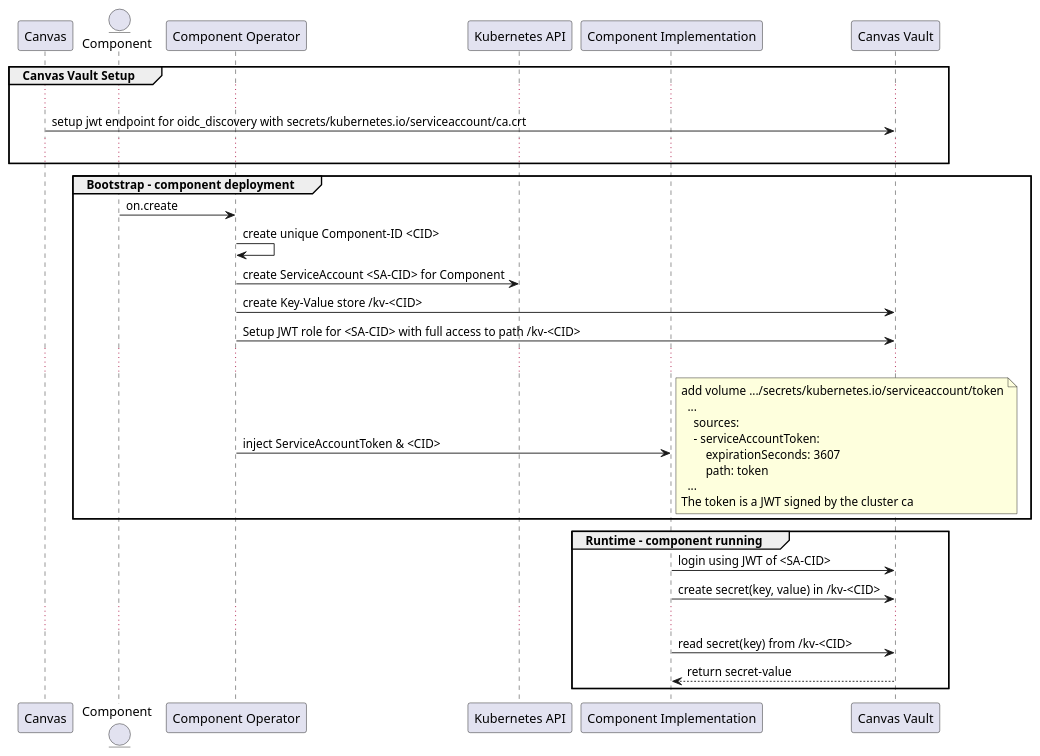
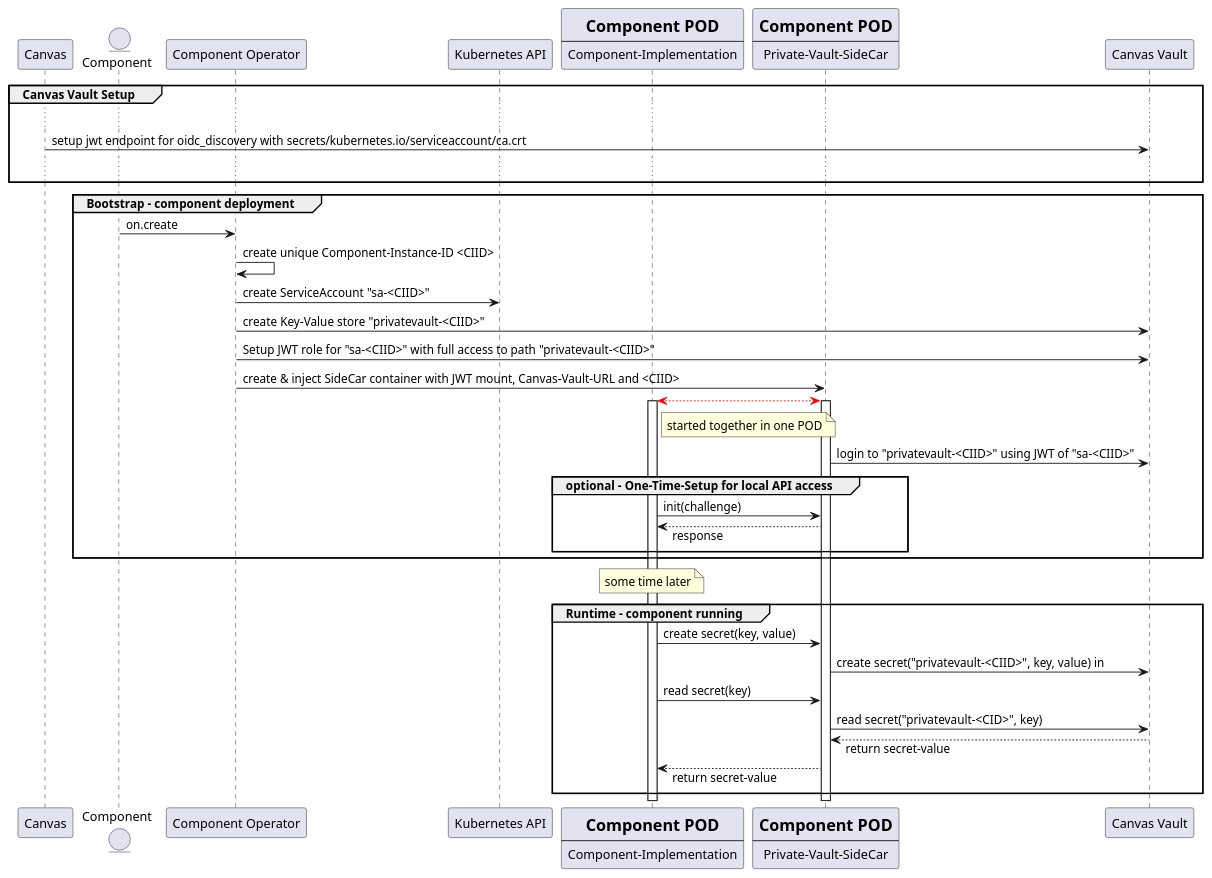
Before and after one commit to tmforum-oda/oda-canvas: the diagram in usecase-library/pumlFiles/componentVault-bootstrap-and-usage.puml, drawn with PlantUML. The commit also changed 2 other files, not shown here.

```diff
--- a/usecase-library/pumlFiles/componentVault-bootstrap-and-usage.puml
+++ b/usecase-library/pumlFiles/componentVault-bootstrap-and-usage.puml
@@ -1,45 +1,58 @@
 @startuml
 
 participant Canvas as "Canvas"
 entity Component
 participant "Component Operator" as ComponentOperator
 participant "Kubernetes API" as KubernetesAPI
-participant "Component Implementation" as ComponentImplementation
+participant ComponentImplementation [
+	=Component POD
+	----
+	Component-Implementation
+]
+participant PrivateVaultSideCar [
+	=Component POD
+	----
+	Private-Vault-SideCar
+]
 participant CanvasVault as "Canvas Vault"
 
 
 group Canvas Vault Setup 
     ...
 	Canvas -> CanvasVault : setup jwt endpoint for oidc_discovery with secrets/kubernetes.io/serviceaccount/ca.crt
 	...
 end group
 
 group Bootstrap - component deployment
 	Component -> ComponentOperator : on.create
-	ComponentOperator -> ComponentOperator : create unique Component-ID <CID>
-	ComponentOperator -> KubernetesAPI : create ServiceAccount <SA-CID> for Component
-	ComponentOperator -> CanvasVault : create Key-Value store /kv-<CID>
-	ComponentOperator -> CanvasVault : Setup JWT role for <SA-CID> with full access to path /kv-<CID>
-	...
-	ComponentOperator -> ComponentImplementation : inject ServiceAccountToken & <CID>
-	note right
-	  add volume .../secrets/kubernetes.io/serviceaccount/token
-	    ...
-	      sources:
-	      - serviceAccountToken:
-	          expirationSeconds: 3607
-	          path: token
-	    ...
-	  The token is a JWT signed by the cluster ca
-    end note
+	ComponentOperator -> ComponentOperator : create unique Component-Instance-ID <CIID>
+	ComponentOperator -> KubernetesAPI : create ServiceAccount "sa-<CIID>"
+	ComponentOperator -> CanvasVault : create Key-Value store "privatevault-<CIID>"
+	ComponentOperator -> CanvasVault : Setup JWT role for "sa-<CIID>" with full access to path "privatevault-<CIID>"
+	ComponentOperator -> PrivateVaultSideCar : create & inject SideCar container with JWT mount, Canvas-Vault-URL and <CIID>
+	ComponentImplementation <-[#ff0000]-> PrivateVaultSideCar
+	activate ComponentImplementation 
+	activate PrivateVaultSideCar 
+    note right of ComponentImplementation
+    started together in one POD
+    end note	
+	PrivateVaultSideCar -> CanvasVault : login to "privatevault-<CIID>" using JWT of "sa-<CIID>"
+	group optional - One-Time-Setup for local API access
+		ComponentImplementation -> PrivateVaultSideCar : init(challenge)
+		skinparam responseMessageBelowArrow true
+		ComponentImplementation <-- PrivateVaultSideCar : response
+    end group
 end group
 
+note over ComponentImplementation : some time later
+
 group Runtime - component running
-	ComponentImplementation -> CanvasVault : login using JWT of <SA-CID>
-	ComponentImplementation -> CanvasVault : create secret(key, value) in /kv-<CID>
-	...
-	ComponentImplementation -> CanvasVault : read secret(key) from /kv-<CID>
-	ComponentImplementation  <-- CanvasVault : return secret-value
+	ComponentImplementation -> PrivateVaultSideCar : create secret(key, value)
+	PrivateVaultSideCar -> CanvasVault : create secret("privatevault-<CIID>", key, value) in 
+	ComponentImplementation -> PrivateVaultSideCar : read secret(key)
+	PrivateVaultSideCar -> CanvasVault : read secret("privatevault-<CID>", key)
+	PrivateVaultSideCar  <-- CanvasVault : return secret-value
+	ComponentImplementation <-- PrivateVaultSideCar : return secret-value 
 end group
 
 @enduml
```
